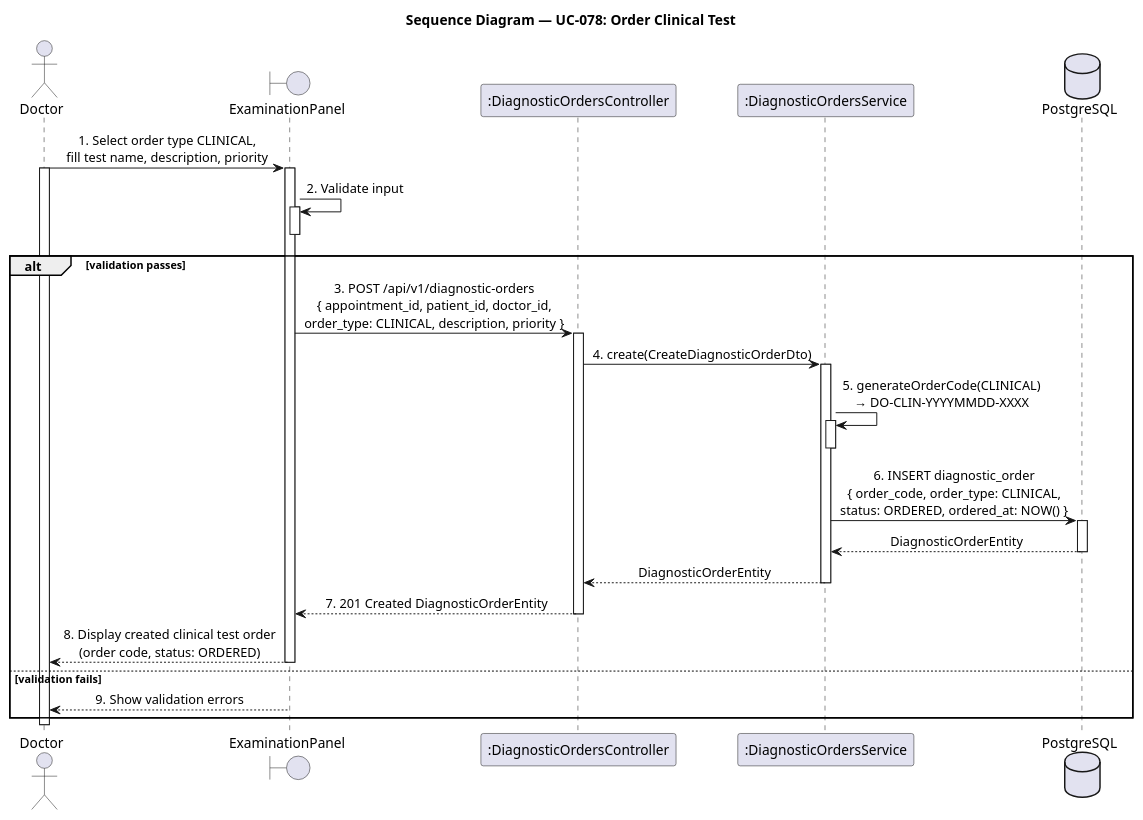
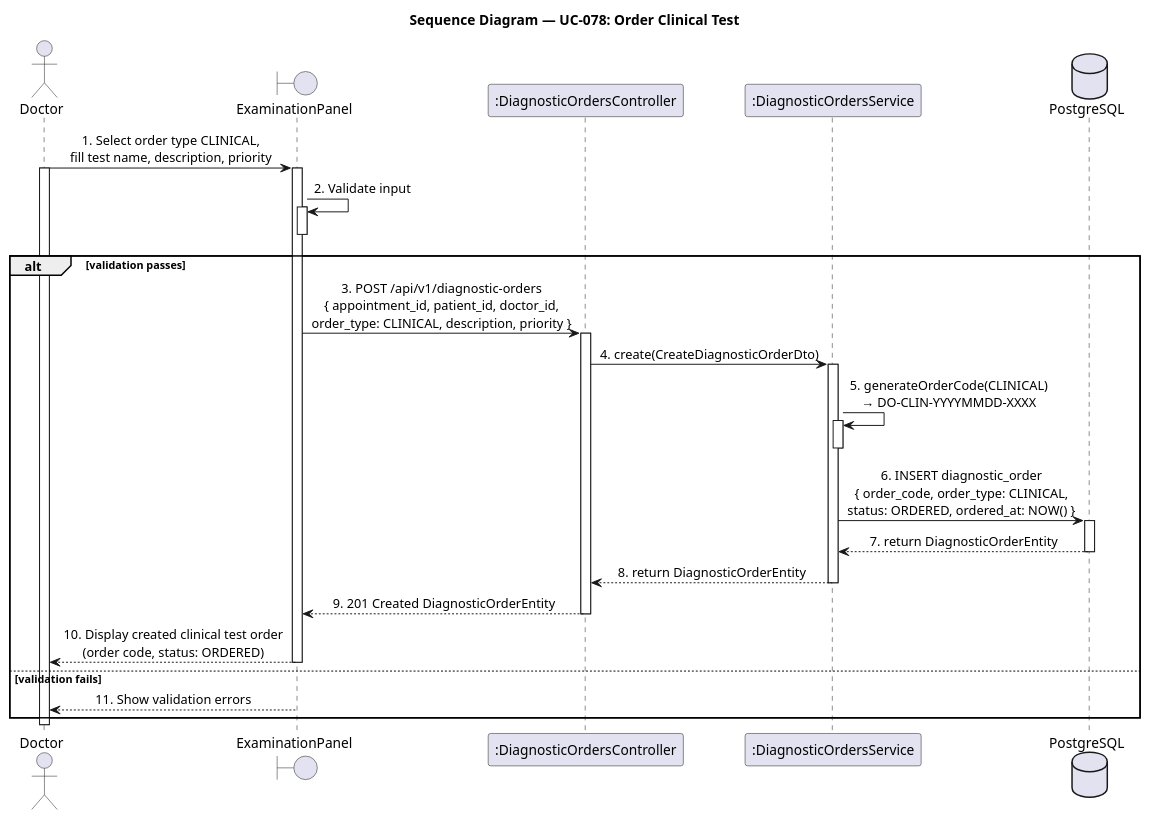
The diagram in docs/sequence-diagram/UC78_OrderClinicalTest.puml (LTPPPP/Smart-Medical-Intelligent-Ledger-for-E-health-S.M.I.L.E-), drawn with PlantUML before and after one commit. The commit also changed 177 other files, not shown here.

Commit message:
skill and doc class diagram

```diff
--- a/docs/sequence-diagram/UC78_OrderClinicalTest.puml
+++ b/docs/sequence-diagram/UC78_OrderClinicalTest.puml
@@ -1,51 +1,51 @@
 @startuml SequenceDiagram
 skinparam shadowing false
 skinparam sequenceMessageAlign center
 
 title Sequence Diagram — UC-078: Order Clinical Test
 
 actor "Doctor" as user
 boundary "ExaminationPanel" as form
 participant ":DiagnosticOrdersController" as ctrl
 participant ":DiagnosticOrdersService" as orderSvc
 database "PostgreSQL" as db
 
 user -> form : 1. Select order type CLINICAL,\nfill test name, description, priority
 activate user
 activate form
 
 form -> form : 2. Validate input
 activate form
 deactivate form
 alt validation passes
   form -> ctrl : 3. POST /api/v1/diagnostic-orders\n{ appointment_id, patient_id, doctor_id,\norder_type: CLINICAL, description, priority }
   activate ctrl
 
   ctrl -> orderSvc : 4. create(CreateDiagnosticOrderDto)
   activate orderSvc
 
   orderSvc -> orderSvc : 5. generateOrderCode(CLINICAL)\n→ DO-CLIN-YYYYMMDD-XXXX
   activate orderSvc
   deactivate orderSvc
 
   orderSvc -> db : 6. INSERT diagnostic_order\n{ order_code, order_type: CLINICAL,\nstatus: ORDERED, ordered_at: NOW() }
   activate db
-  db --> orderSvc : DiagnosticOrderEntity
+  db --> orderSvc : 7. return DiagnosticOrderEntity
   deactivate db
 
-  orderSvc --> ctrl : DiagnosticOrderEntity
+  orderSvc --> ctrl : 8. return DiagnosticOrderEntity
   deactivate orderSvc
 
-  ctrl --> form : 7. 201 Created DiagnosticOrderEntity
+  ctrl --> form : 9. 201 Created DiagnosticOrderEntity
   deactivate ctrl
 
-  form --> user : 8. Display created clinical test order\n(order code, status: ORDERED)
+  form --> user : 10. Display created clinical test order\n(order code, status: ORDERED)
   deactivate form
 else validation fails
-  form --> user : 9. Show validation errors
+  form --> user : 11. Show validation errors
   deactivate form
 end
 
 deactivate user
 
 @enduml
```
